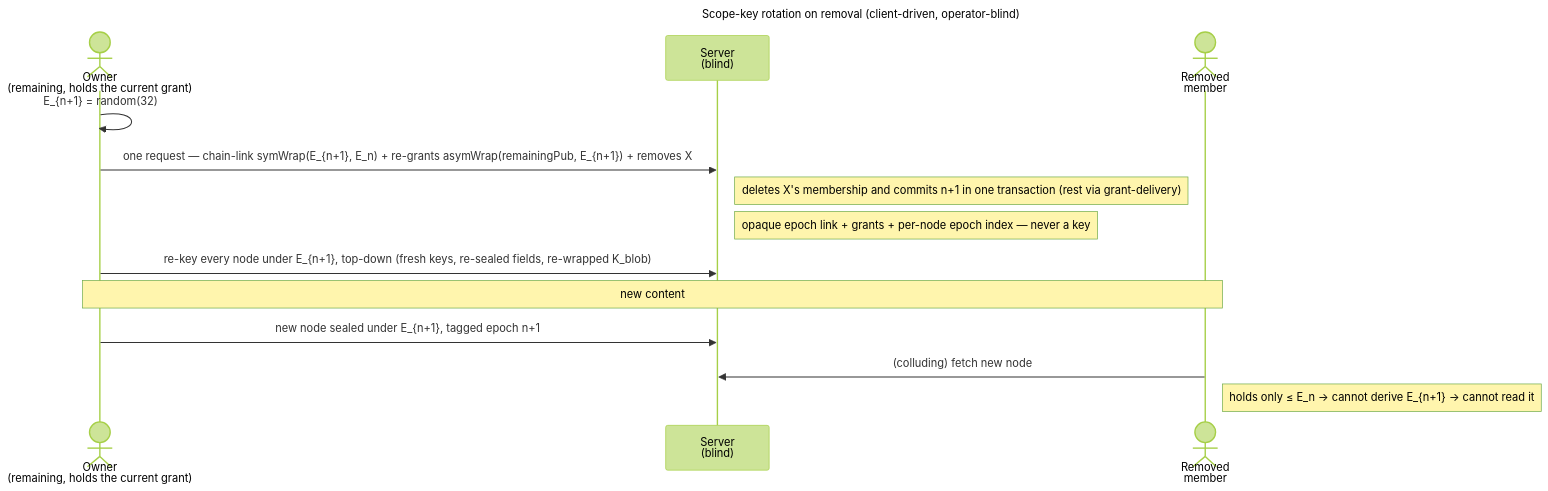
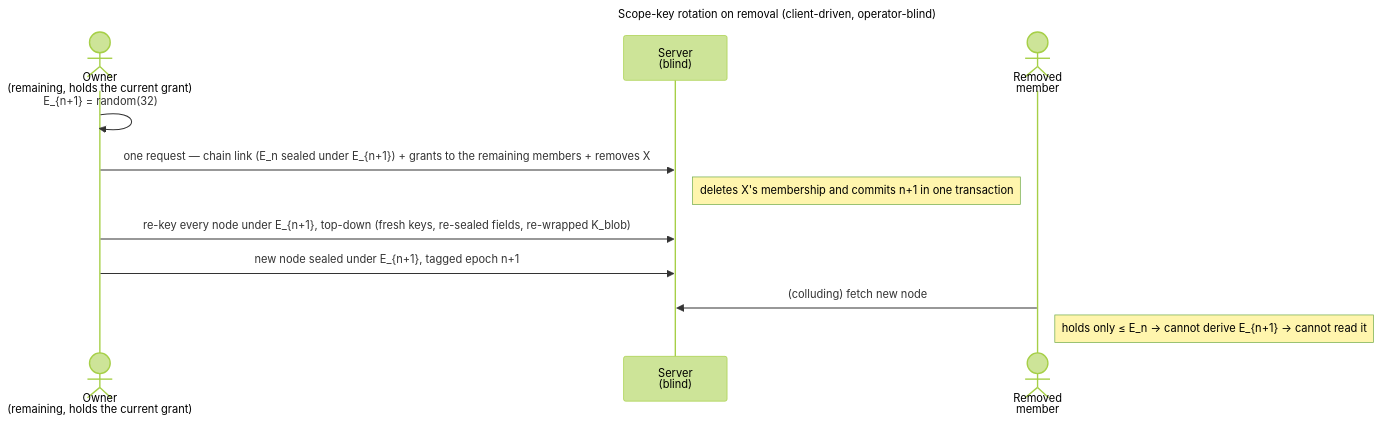
The diagram in docs/features/spaces/enablers/en.spaces.scope-key-rotation.md (raddatzk/veyq), drawn with Mermaid (forest theme) before and after one commit. The commit also changed other lines of this file and 16 other files, not shown here.

First line of the commit message:
docs: one crosscutting key model - keys, grants, rotation and trust as built; the four enablers and security-model point to it

````diff
--- a/docs/features/spaces/enablers/en.spaces.scope-key-rotation.md
+++ b/docs/features/spaces/enablers/en.spaces.scope-key-rotation.md
@@ -77,18 +54,16 @@
 ```mermaid
 ---
 title: Scope-key rotation on removal (client-driven, operator-blind)
 ---
 sequenceDiagram
   actor O as Owner<br>(remaining, holds the current grant)
   participant S as Server<br>(blind)
   actor X as Removed<br>member
   O->>O: E_{n+1} = random(32)
-  O->>S: one request — chain-link symWrap(E_{n+1}, E_n) + re-grants asymWrap(remainingPub, E_{n+1}) + removes X
-  Note right of S: deletes X's membership and commits n+1 in one transaction (rest via grant-delivery)
-  Note right of S: opaque epoch link + grants + per-node epoch index — never a key
+  O->>S: one request — chain link (E_n sealed under E_{n+1}) + grants to the remaining members + removes X
+  Note right of S: deletes X's membership and commits n+1 in one transaction
   O->>S: re-key every node under E_{n+1}, top-down (fresh keys, re-sealed fields, re-wrapped K_blob)
-  Note over O,X: new content
   O->>S: new node sealed under E_{n+1}, tagged epoch n+1
   X->>S: (colluding) fetch new node
   Note right of X: holds only ≤ E_n → cannot derive E_{n+1} → cannot read it
 ```
````
